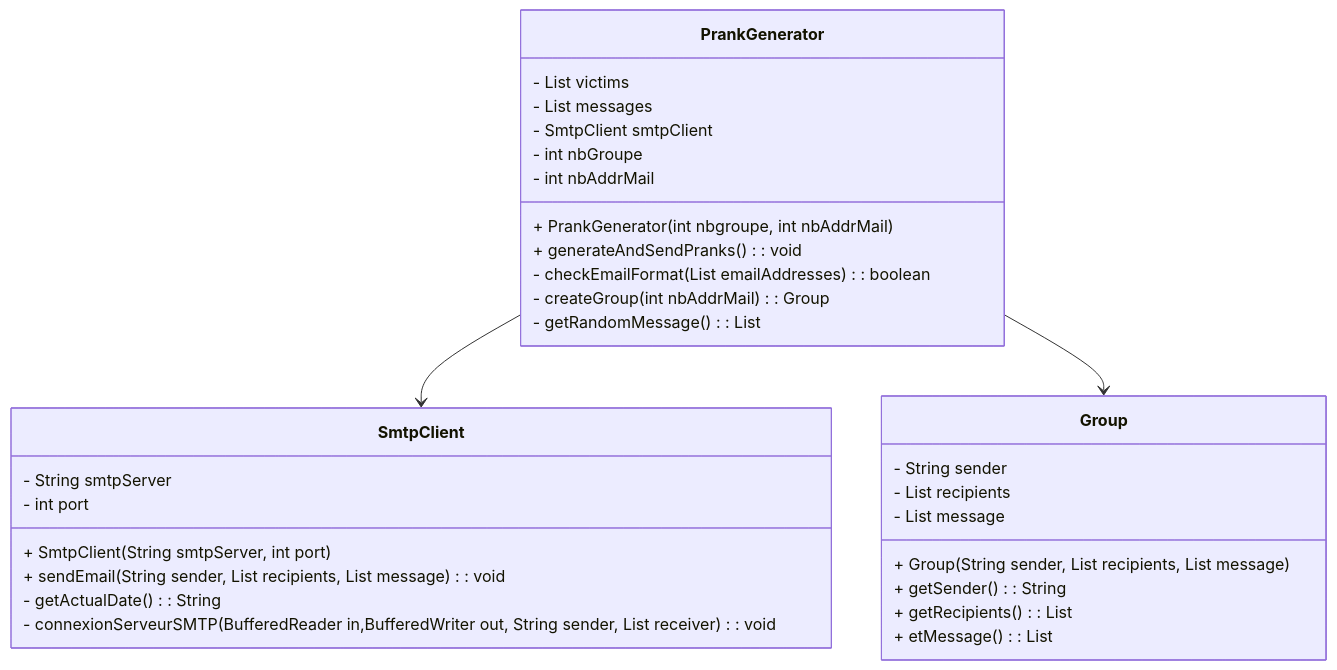
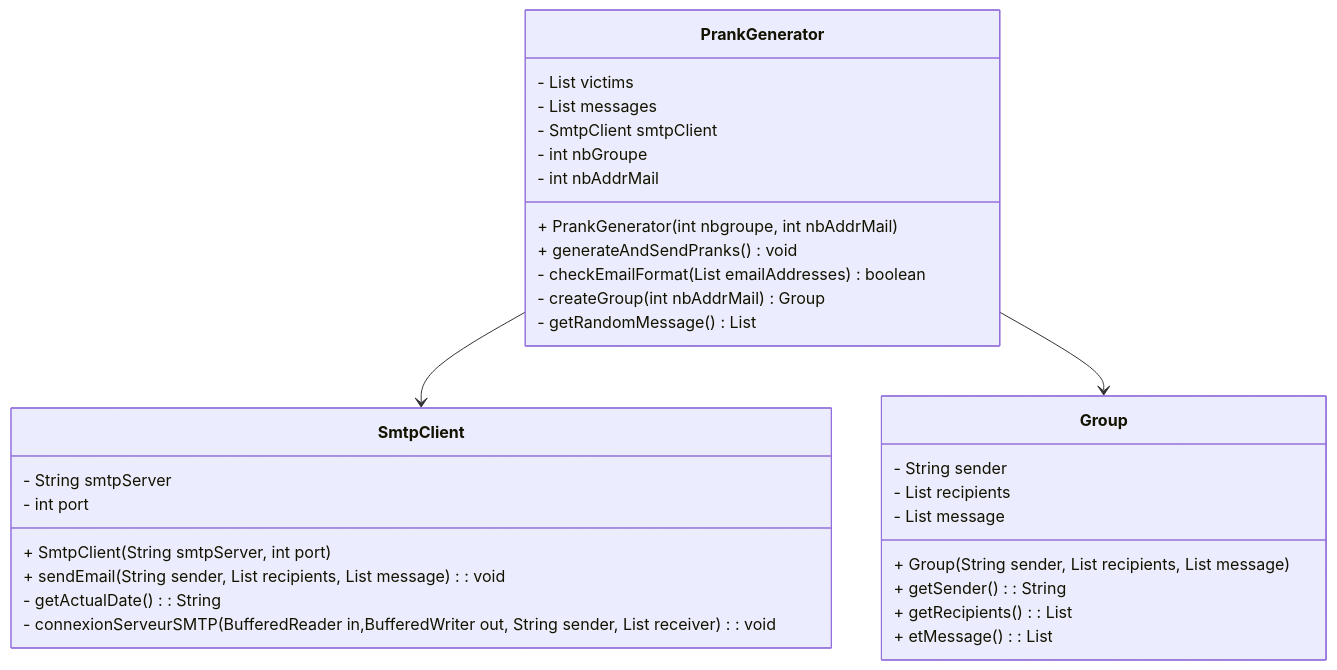
The diagram in README.md (aminekhelfi/dai-smtp), drawn with Mermaid before and after one commit.

````diff
--- a/README.md
+++ b/README.md
@@ -47,37 +47,37 @@
 ```mermaid
 classDiagram
 class PrankGenerator {
 - List<String> victims
 - List<String> messages
 - SmtpClient smtpClient
 - int nbGroupe
 - int nbAddrMail
 + PrankGenerator(int nbgroupe, int nbAddrMail)
-+ generateAndSendPranks(): void
-- checkEmailFormat(List<String> emailAddresses): boolean 
-- createGroup(int nbAddrMail): Group
-- getRandomMessage(): List<String>
++ generateAndSendPranks() void
+- checkEmailFormat(List<String> emailAddresses) boolean 
+- createGroup(int nbAddrMail) Group
+- getRandomMessage() List<String>
 }
 
     class SmtpClient {
         - String smtpServer
         - int port
         + SmtpClient(String smtpServer, int port)
         + sendEmail(String sender, List<String> recipients, List<String> message): void
         - getActualDate(): String
         - connexionServeurSMTP(BufferedReader in,BufferedWriter out, String sender, List<String> receiver): void
     }
 
     class Group {
         - String sender
         - List<String> recipients
         - List<String> message
         + Group(String sender, List<String> recipients, List<String> message)
         + getSender(): String
         + getRecipients(): List<String>
         + etMessage(): List<String>
     }
 
     PrankGenerator --> SmtpClient
     PrankGenerator --> Group
 ```
````
